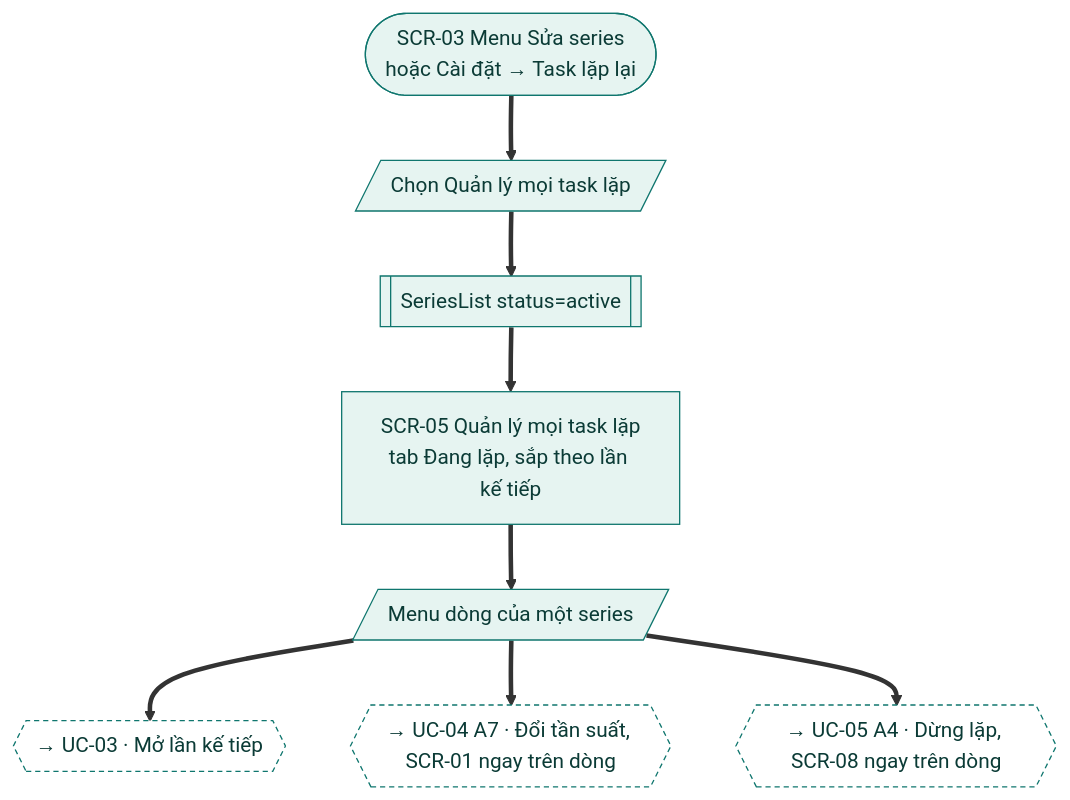
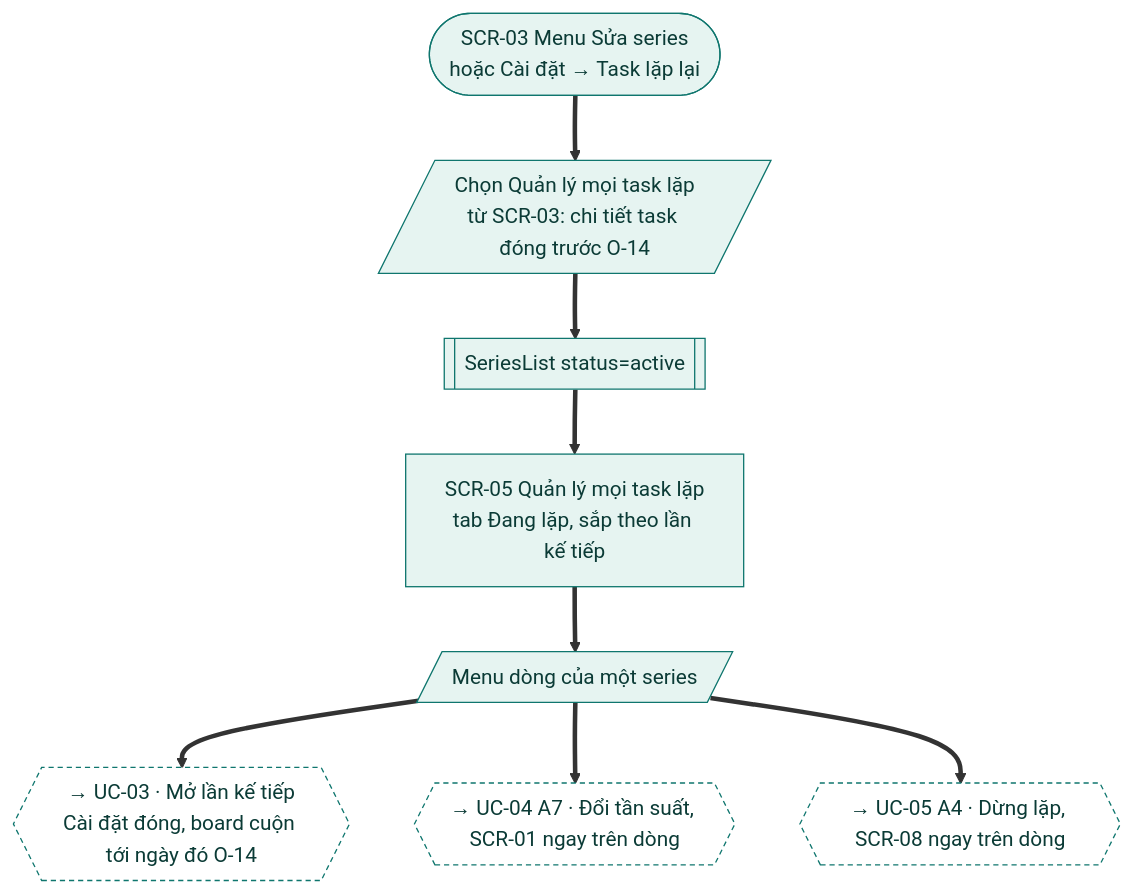
Diagram 18 of 19 in docs/design-brief/flow/g03-task-lap-lai.md (tannguyenho/personal-app), drawn with Mermaid before and after one commit. The commit also changed other lines of this file and 8 other files, not shown here.

````diff
--- a/docs/design-brief/flow/g03-task-lap-lai.md
+++ b/docs/design-brief/flow/g03-task-lap-lai.md
@@ -753,28 +776,28 @@
 ```mermaid
 flowchart TD
   start(["SCR-03 Menu Sửa series<br/>hoặc Cài đặt → Task lặp lại"])
-  u1[/"Chọn Quản lý mọi task lặp"/]
+  u1[/"Chọn Quản lý mọi task lặp<br/>từ SCR-03: chi tiết task đóng trước O-14"/]
   p1[["SeriesList status=active"]]
   s1["SCR-05 Quản lý mọi task lặp<br/>tab Đang lặp, sắp theo lần kế tiếp"]
   u2[/"Menu dòng của một series"/]
-  x3{{"→ UC-03 · Mở lần kế tiếp"}}
+  x3{{"→ UC-03 · Mở lần kế tiếp<br/>Cài đặt đóng, board cuộn tới ngày đó O-14"}}
   x4{{"→ UC-04 A7 · Đổi tần suất, SCR-01 ngay trên dòng"}}
   x5{{"→ UC-05 A4 · Dừng lặp, SCR-08 ngay trên dòng"}}
 
   start ==> u1 ==> p1 ==> s1 ==> u2
   u2 ==> x3
   u2 ==> x4
   u2 ==> x5
 
   class start,u1,p1,s1,u2 happy
   class x3,x4,x5 link
   classDef happy fill:#E6F4F1,stroke:#0F766E,color:#0B3B36
   classDef alt fill:#F1F3F5,stroke:#6B7280,color:#1F2937
   classDef err fill:#FDECEC,stroke:#B42318,color:#5C1010
   classDef warn fill:#FEF4E2,stroke:#B45309,color:#4A2604
   classDef ai fill:#F1ECFD,stroke:#6D28D9,color:#2E1065
   classDef sync fill:#FFFFFF,stroke:#6B7280,stroke-dasharray:4 3,color:#1F2937
   classDef link fill:#FFFFFF,stroke:#0F766E,stroke-dasharray:4 3,color:#0B3B36
   classDef done fill:#E6F4F1,stroke:#0F766E,stroke-width:3px,color:#0B3B36
   classDef fail fill:#FDECEC,stroke:#B42318,stroke-width:3px,color:#5C1010
 ```
````
